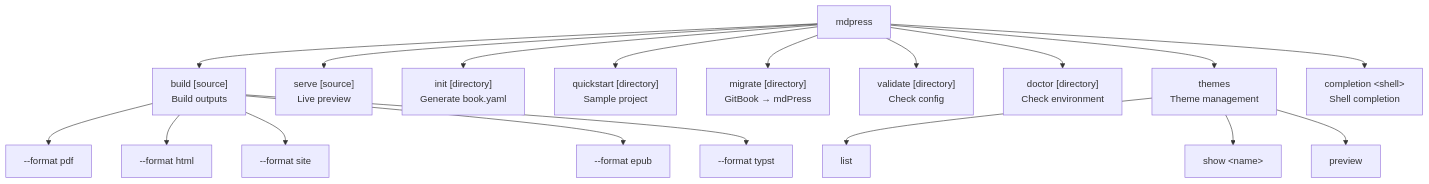
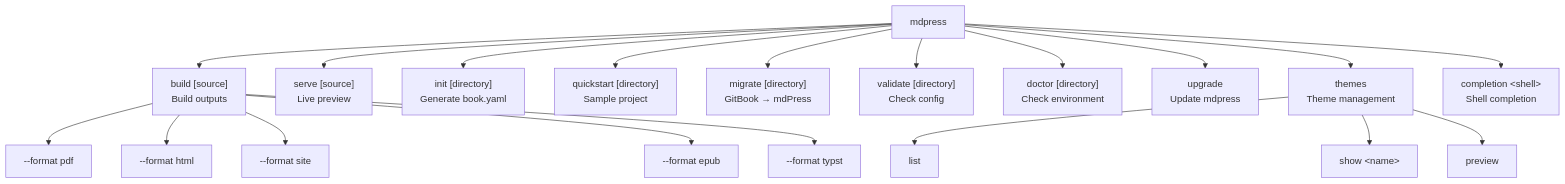
The first of 2 diagrams in docs/COMMANDS.md (yeasy/mdPress), drawn with Mermaid before and after one commit. The commit also changed other lines of this file and 90 other files, not shown here.

````diff
--- a/docs/COMMANDS.md
+++ b/docs/COMMANDS.md
@@ -9,24 +9,25 @@
 ```mermaid
 flowchart TD
     root["mdpress"]
 
     root --> build["build [source]<br/>Build outputs"]
     root --> serve["serve [source]<br/>Live preview"]
     root --> init["init [directory]<br/>Generate book.yaml"]
     root --> quickstart["quickstart [directory]<br/>Sample project"]
     root --> migrate["migrate [directory]<br/>GitBook → mdPress"]
     root --> validate["validate [directory]<br/>Check config"]
     root --> doctor["doctor [directory]<br/>Check environment"]
+    root --> upgrade["upgrade<br/>Update mdpress"]
     root --> themes["themes<br/>Theme management"]
     root --> completion["completion &lt;shell&gt;<br/>Shell completion"]
 
     themes --> list["list"]
     themes --> show["show &lt;name&gt;"]
     themes --> preview["preview"]
 
     build --> pdf["--format pdf"]
     build --> html["--format html"]
     build --> site["--format site"]
     build --> epub["--format epub"]
     build --> typst["--format typst"]
 ```
````
